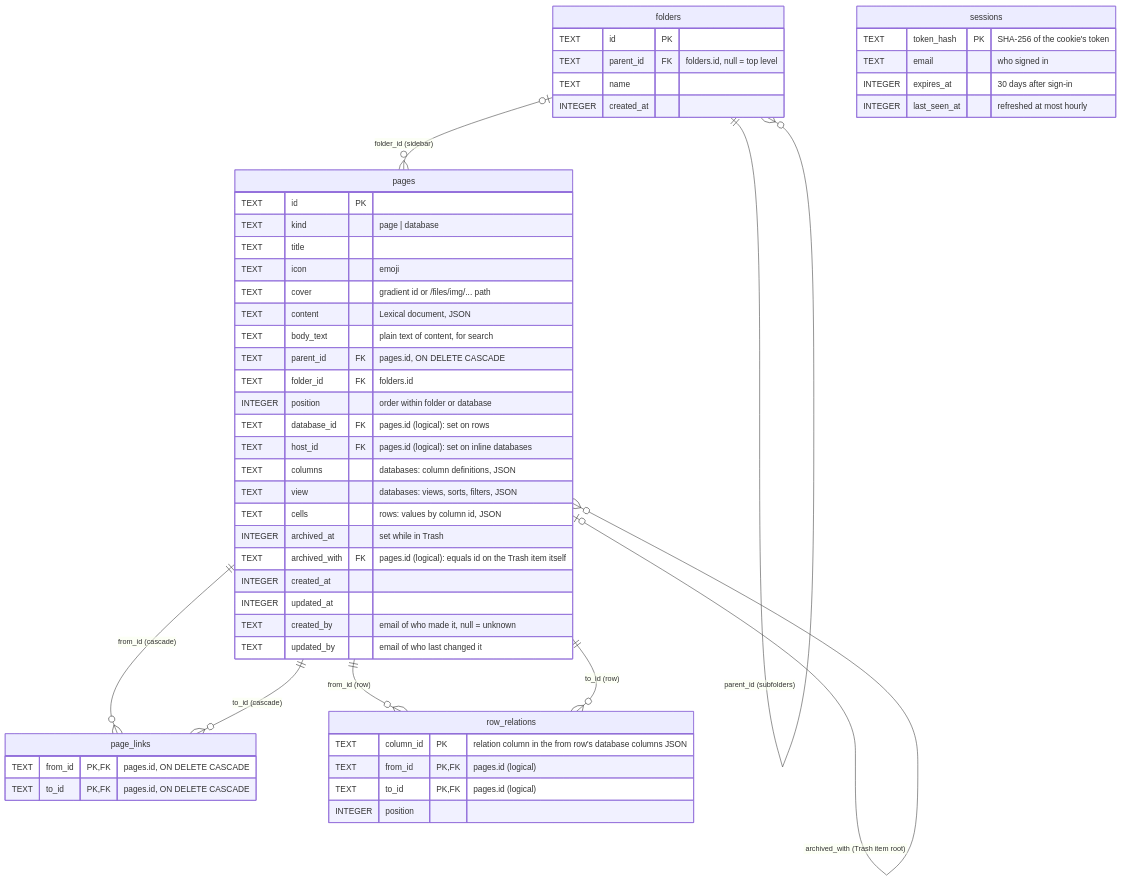
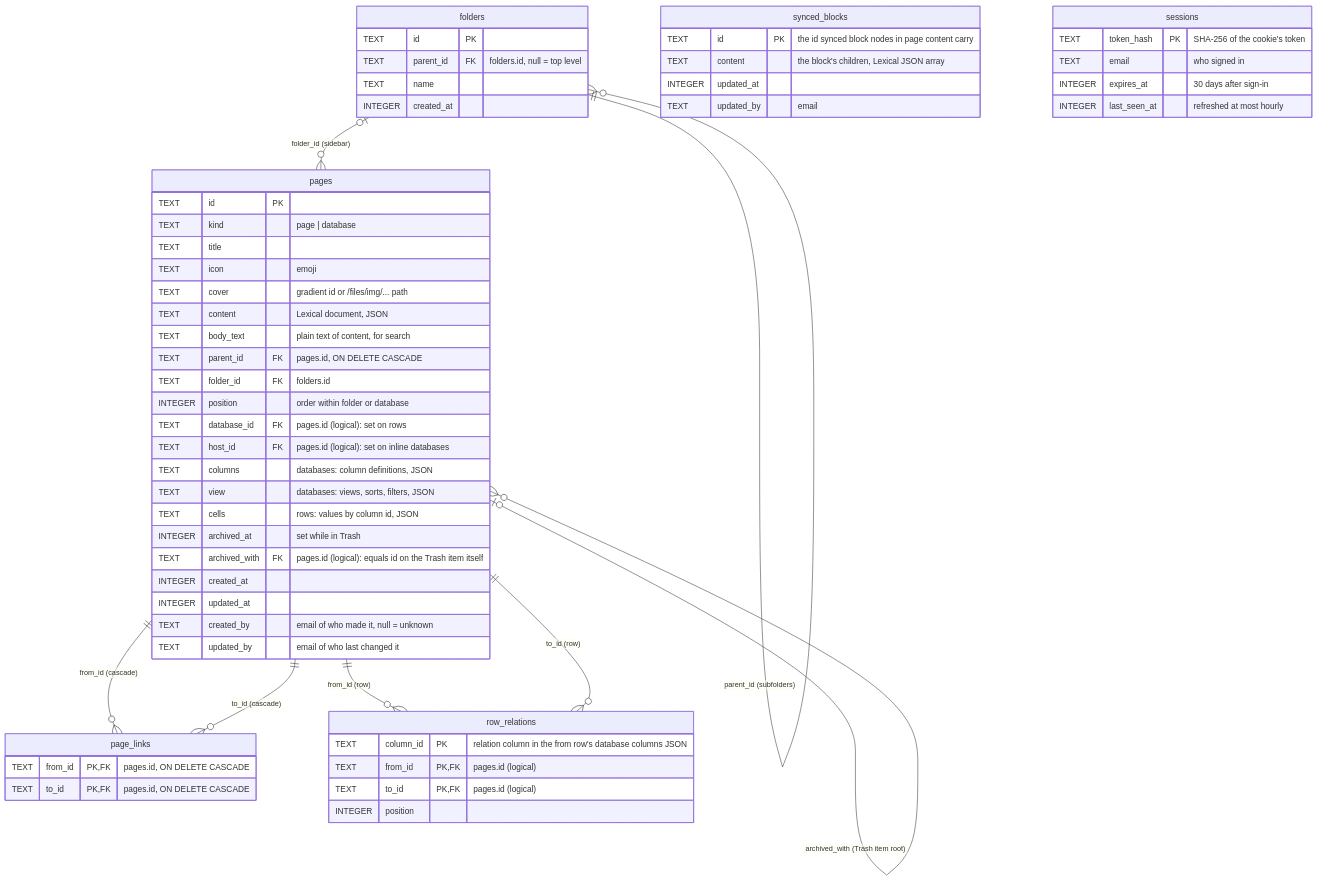
One commit to wai-lin/cfnotes changed the diagram in docs/database.md. Above: the diagram before and after it, drawn with Mermaid. The commit also changed 31 other files, not shown here.

Commit message:
feat(editor): add synced blocks, table of contents and media blocks

````diff
--- a/docs/database.md
+++ b/docs/database.md
@@ -5,63 +5,70 @@
 ```mermaid
 erDiagram
 	folders ||--o{ folders : "parent_id (subfolders)"
 	folders |o--o{ pages : "folder_id (sidebar)"
 	pages |o--o{ pages : "parent_id (sub-pages, cascade)"
 	pages |o--o{ pages : "database_id (rows of a database)"
 	pages |o--o{ pages : "host_id (inline database on a page)"
 	pages |o--o{ pages : "archived_with (Trash item root)"
 	pages ||--o{ page_links : "from_id (cascade)"
 	pages ||--o{ page_links : "to_id (cascade)"
 	pages ||--o{ row_relations : "from_id (row)"
 	pages ||--o{ row_relations : "to_id (row)"
 
 	folders {
 		TEXT id PK
 		TEXT parent_id FK "folders.id, null = top level"
 		TEXT name
 		INTEGER created_at
 	}
 
 	pages {
 		TEXT id PK
 		TEXT kind "page | database"
 		TEXT title
 		TEXT icon "emoji"
 		TEXT cover "gradient id or /files/img/... path"
 		TEXT content "Lexical document, JSON"
 		TEXT body_text "plain text of content, for search"
 		TEXT parent_id FK "pages.id, ON DELETE CASCADE"
 		TEXT folder_id FK "folders.id"
 		INTEGER position "order within folder or database"
 		TEXT database_id FK "pages.id (logical): set on rows"
 		TEXT host_id FK "pages.id (logical): set on inline databases"
 		TEXT columns "databases: column definitions, JSON"
 		TEXT view "databases: views, sorts, filters, JSON"
 		TEXT cells "rows: values by column id, JSON"
 		INTEGER archived_at "set while in Trash"
 		TEXT archived_with FK "pages.id (logical): equals id on the Trash item itself"
 		INTEGER created_at
 		INTEGER updated_at
 		TEXT created_by "email of who made it, null = unknown"
 		TEXT updated_by "email of who last changed it"
 	}
 
 	page_links {
 		TEXT from_id PK,FK "pages.id, ON DELETE CASCADE"
 		TEXT to_id PK,FK "pages.id, ON DELETE CASCADE"
 	}
 
+	synced_blocks {
+		TEXT id PK "the id synced block nodes in page content carry"
+		TEXT content "the block's children, Lexical JSON array"
+		INTEGER updated_at
+		TEXT updated_by "email"
+	}
+
 	sessions {
 		TEXT token_hash PK "SHA-256 of the cookie's token"
 		TEXT email "who signed in"
 		INTEGER expires_at "30 days after sign-in"
 		INTEGER last_seen_at "refreshed at most hourly"
 	}
 
 	row_relations {
 		TEXT column_id PK "relation column in the from row's database columns JSON"
 		TEXT from_id PK,FK "pages.id (logical)"
 		TEXT to_id PK,FK "pages.id (logical)"
 		INTEGER position
 	}
 ```
````
